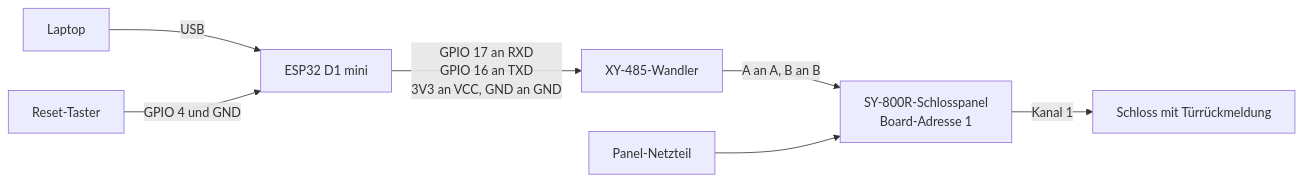
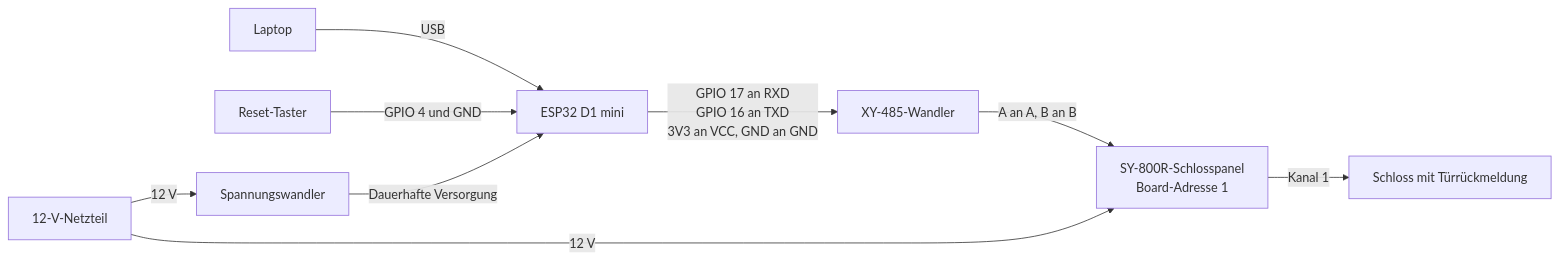
Before and after one commit to Open-Locker/Open-Locker: the diagram in website/src/content/docs/de/dokumentation/esp32/wiring.md, drawn with Mermaid. The commit also changed other lines of this file and 11 other files, not shown here.

First line of the commit message:
docs(website): add ESP32 chip guidance and bench power wiring

````diff
--- a/website/src/content/docs/de/dokumentation/esp32/wiring.md
+++ b/website/src/content/docs/de/dokumentation/esp32/wiring.md
@@ -14,9 +14,11 @@
 ```mermaid
 flowchart LR
     laptop[Laptop] -- USB --> esp[ESP32 D1 mini]
     button[Reset-Taster] -- "GPIO 4 und GND" --> esp
     esp -- "GPIO 17 an RXD<br/>GPIO 16 an TXD<br/>3V3 an VCC, GND an GND" --> xy[XY-485-Wandler]
     xy -- "A an A, B an B" --> panel[SY-800R-Schlosspanel<br/>Board-Adresse 1]
-    psu[Panel-Netzteil] --> panel
+    psu[12-V-Netzteil] -- "12 V" --> panel
+    psu -- "12 V" --> power[Spannungswandler]
+    power -- "Dauerhafte Versorgung" --> esp
     panel -- "Kanal 1" --> lock[Schloss mit Türrückmeldung]
 ```
````
